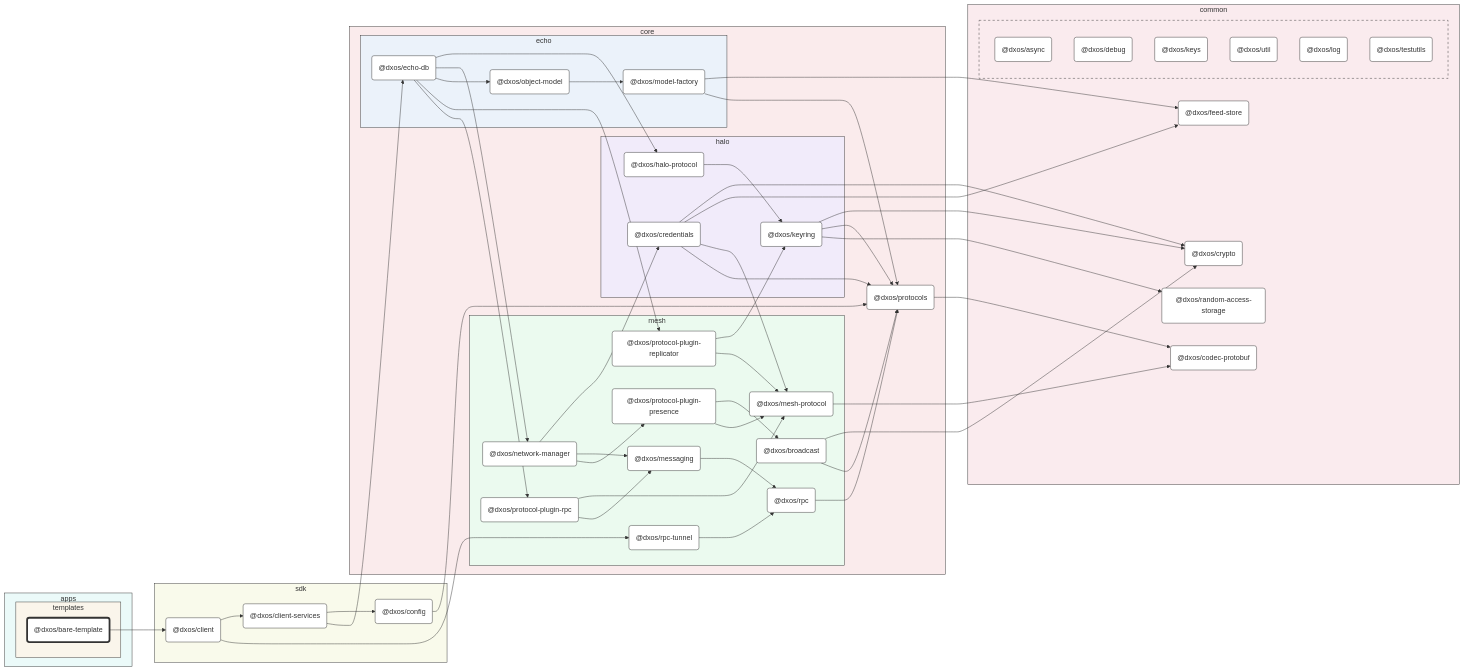
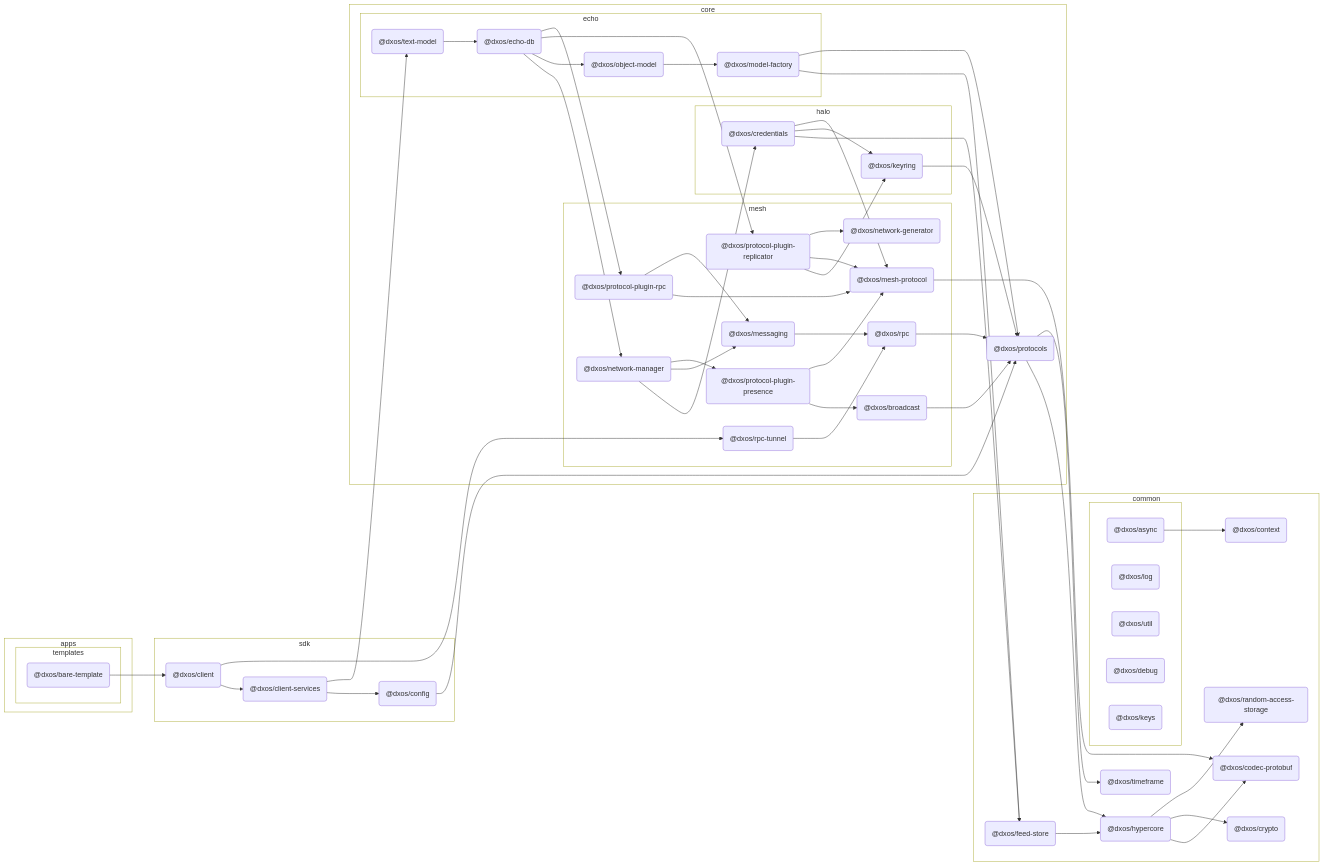
The diagram in packages/apps/templates/bare-template/docs/README.md (dxos/dxos), drawn with Mermaid before and after one commit. The commit also changed other lines of this file and 126 other files, not shown here.

````diff
--- a/packages/apps/templates/bare-template/docs/README.md
+++ b/packages/apps/templates/bare-template/docs/README.md
@@ -10,23 +10,23 @@
 flowchart LR
 
 %% Classes
-classDef def fill:#fff,stroke:#333,stroke-width:1px
-classDef root fill:#fff,stroke:#333,stroke-width:4px
+
+
 
 %% Nodes
 
 subgraph apps [apps]
-  style apps fill:#ebfaf9,stroke:#333
+  style apps fill:transparent
 
   subgraph templates [templates]
-    style templates fill:#faf5eb,stroke:#333
+    style templates fill:transparent
     dxos/bare-template("@dxos/bare-template"):::root
-    click dxos/bare-template "dxos/dxos/tree/main/packages/apps/templates/bare/docs"
+    click dxos/bare-template "dxos/dxos/tree/main/packages/apps/templates/bare-template/docs"
   end
 end
 
 subgraph sdk [sdk]
-  style sdk fill:#f9faeb,stroke:#333
+  style sdk fill:transparent
   dxos/client("@dxos/client"):::def
   click dxos/client "dxos/dxos/tree/main/packages/sdk/client/docs"
   dxos/client-services("@dxos/client-services"):::def
@@ -36,50 +36,52 @@
 end
 
 subgraph common [common]
-  style common fill:#faebee,stroke:#333
+  style common fill:transparent
+  dxos/context("@dxos/context"):::def
+  click dxos/context "dxos/dxos/tree/main/packages/common/context/docs"
   dxos/codec-protobuf("@dxos/codec-protobuf"):::def
   click dxos/codec-protobuf "dxos/dxos/tree/main/packages/common/codec-protobuf/docs"
+  dxos/hypercore("@dxos/hypercore"):::def
+  click dxos/hypercore "dxos/dxos/tree/main/packages/common/hypercore/docs"
   dxos/crypto("@dxos/crypto"):::def
   click dxos/crypto "dxos/dxos/tree/main/packages/common/crypto/docs"
+  dxos/random-access-storage("@dxos/random-access-storage"):::def
+  click dxos/random-access-storage "dxos/dxos/tree/main/packages/common/random-access-storage/docs"
+  dxos/timeframe("@dxos/timeframe"):::def
+  click dxos/timeframe "dxos/dxos/tree/main/packages/common/timeframe/docs"
   dxos/feed-store("@dxos/feed-store"):::def
   click dxos/feed-store "dxos/dxos/tree/main/packages/common/feed-store/docs"
-  dxos/random-access-storage("@dxos/random-access-storage"):::def
-  click dxos/random-access-storage "dxos/dxos/tree/main/packages/common/random-access-storage/docs"
 
   subgraph _ [ ]
-    style _ fill:#faebee,stroke:#333,stroke-dasharray:5 5
+    style _ fill:transparent
     dxos/async("@dxos/async"):::def
     click dxos/async "dxos/dxos/tree/main/packages/common/async/docs"
+    dxos/log("@dxos/log"):::def
+    click dxos/log "dxos/dxos/tree/main/packages/common/log/docs"
+    dxos/util("@dxos/util"):::def
+    click dxos/util "dxos/dxos/tree/main/packages/common/util/docs"
     dxos/debug("@dxos/debug"):::def
     click dxos/debug "dxos/dxos/tree/main/packages/common/debug/docs"
     dxos/keys("@dxos/keys"):::def
     click dxos/keys "dxos/dxos/tree/main/packages/common/keys/docs"
-    dxos/util("@dxos/util"):::def
-    click dxos/util "dxos/dxos/tree/main/packages/common/util/docs"
-    dxos/log("@dxos/log"):::def
-    click dxos/log "dxos/dxos/tree/main/packages/common/log/docs"
-    dxos/testutils("@dxos/testutils"):::def
-    click dxos/testutils "dxos/dxos/tree/main/packages/common/testutils/docs"
   end
 end
 
 subgraph core [core]
-  style core fill:#faebec,stroke:#333
+  style core fill:transparent
   dxos/protocols("@dxos/protocols"):::def
   click dxos/protocols "dxos/dxos/tree/main/packages/core/protocols/docs"
 
   subgraph halo [halo]
-    style halo fill:#f1ebfa,stroke:#333
+    style halo fill:transparent
     dxos/credentials("@dxos/credentials"):::def
     click dxos/credentials "dxos/dxos/tree/main/packages/core/halo/credentials/docs"
-    dxos/halo-protocol("@dxos/halo-protocol"):::def
-    click dxos/halo-protocol "dxos/dxos/tree/main/packages/core/halo/halo-protocol/docs"
     dxos/keyring("@dxos/keyring"):::def
     click dxos/keyring "dxos/dxos/tree/main/packages/core/halo/keyring/docs"
   end
 
   subgraph mesh [mesh]
-    style mesh fill:#ebfaef,stroke:#333
+    style mesh fill:transparent
     dxos/mesh-protocol("@dxos/mesh-protocol"):::def
     click dxos/mesh-protocol "dxos/dxos/tree/main/packages/core/mesh/mesh-protocol/docs"
     dxos/messaging("@dxos/messaging"):::def
@@ -94,6 +96,8 @@
     click dxos/broadcast "dxos/dxos/tree/main/packages/core/mesh/broadcast/docs"
     dxos/protocol-plugin-replicator("@dxos/protocol-plugin-replicator"):::def
     click dxos/protocol-plugin-replicator "dxos/dxos/tree/main/packages/core/mesh/protocol-plugin-replicator/docs"
+    dxos/network-generator("@dxos/network-generator"):::def
+    click dxos/network-generator "dxos/dxos/tree/main/packages/core/mesh/network-generator/docs"
     dxos/protocol-plugin-rpc("@dxos/protocol-plugin-rpc"):::def
     click dxos/protocol-plugin-rpc "dxos/dxos/tree/main/packages/core/mesh/protocol-plugin-rpc/docs"
     dxos/rpc-tunnel("@dxos/rpc-tunnel"):::def
@@ -101,34 +105,35 @@
   end
 
   subgraph echo [echo]
-    style echo fill:#ebf2fa,stroke:#333
+    style echo fill:transparent
     dxos/echo-db("@dxos/echo-db"):::def
     click dxos/echo-db "dxos/dxos/tree/main/packages/core/echo/echo-db/docs"
     dxos/model-factory("@dxos/model-factory"):::def
     click dxos/model-factory "dxos/dxos/tree/main/packages/core/echo/model-factory/docs"
     dxos/object-model("@dxos/object-model"):::def
     click dxos/object-model "dxos/dxos/tree/main/packages/core/echo/object-model/docs"
+    dxos/text-model("@dxos/text-model"):::def
+    click dxos/text-model "dxos/dxos/tree/main/packages/core/echo/text-model/docs"
   end
 end
 
 %% Links
-linkStyle default stroke:#333,stroke-width:1px
 dxos/bare-template --> dxos/client
+dxos/async --> dxos/context
 dxos/client --> dxos/client-services
 dxos/client-services --> dxos/config
 dxos/config --> dxos/protocols
-dxos/protocols --> dxos/codec-protobuf
-dxos/credentials --> dxos/crypto
+dxos/protocols --> dxos/hypercore
+dxos/hypercore --> dxos/codec-protobuf
+dxos/hypercore --> dxos/crypto
+dxos/hypercore --> dxos/random-access-storage
+dxos/protocols --> dxos/timeframe
 dxos/credentials --> dxos/feed-store
+dxos/feed-store --> dxos/hypercore
+dxos/credentials --> dxos/keyring
+dxos/keyring --> dxos/protocols
 dxos/credentials --> dxos/mesh-protocol
 dxos/mesh-protocol --> dxos/codec-protobuf
-dxos/credentials --> dxos/protocols
-dxos/client-services --> dxos/echo-db
-dxos/echo-db --> dxos/halo-protocol
-dxos/halo-protocol --> dxos/keyring
-dxos/keyring --> dxos/crypto
-dxos/keyring --> dxos/protocols
-dxos/keyring --> dxos/random-access-storage
 dxos/messaging --> dxos/rpc
 dxos/rpc --> dxos/protocols
 dxos/model-factory --> dxos/feed-store
@@ -138,7 +143,6 @@
 dxos/network-manager --> dxos/messaging
 dxos/network-manager --> dxos/protocol-plugin-presence
 dxos/protocol-plugin-presence --> dxos/broadcast
-dxos/broadcast --> dxos/crypto
 dxos/broadcast --> dxos/protocols
 dxos/protocol-plugin-presence --> dxos/mesh-protocol
 dxos/echo-db --> dxos/object-model
@@ -146,9 +150,12 @@
 dxos/echo-db --> dxos/protocol-plugin-replicator
 dxos/protocol-plugin-replicator --> dxos/keyring
 dxos/protocol-plugin-replicator --> dxos/mesh-protocol
+dxos/protocol-plugin-replicator --> dxos/network-generator
 dxos/echo-db --> dxos/protocol-plugin-rpc
 dxos/protocol-plugin-rpc --> dxos/mesh-protocol
 dxos/protocol-plugin-rpc --> dxos/messaging
+dxos/client-services --> dxos/text-model
+dxos/text-model --> dxos/echo-db
 dxos/client --> dxos/rpc-tunnel
 dxos/rpc-tunnel --> dxos/rpc
 ```
````
